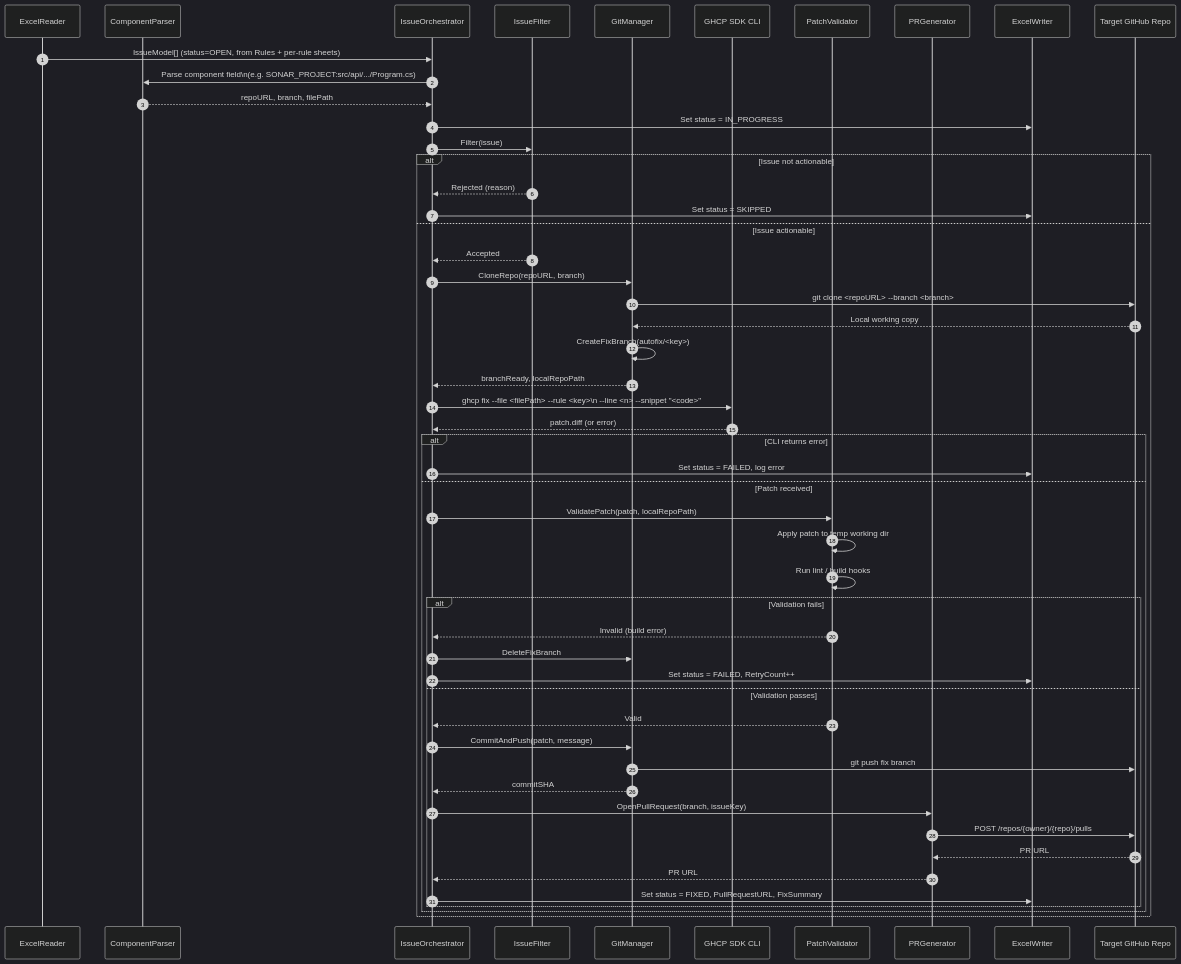
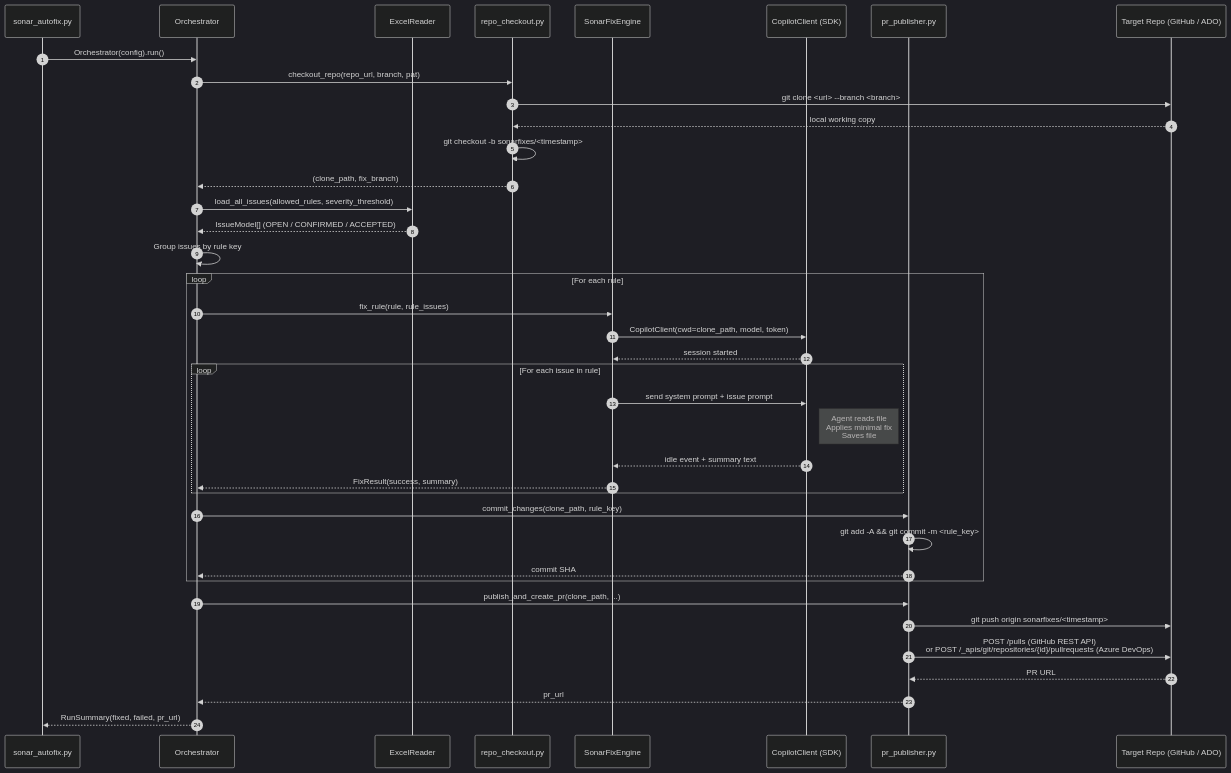
One commit to HiteshDutt/sonar-auto-fix-test changed the sixth of 10 diagrams in README.md. Above: the diagram before and after it, drawn with Mermaid (dark theme). The commit also changed other lines of this file and 1 other file, not shown here.

````diff
--- a/README.md
+++ b/README.md
@@ -221,63 +321,50 @@
 ```mermaid
 sequenceDiagram
     autonumber
 
+    participant MAIN as sonar_autofix.py
+    participant ORC  as Orchestrator
     participant EXR  as ExcelReader
-    participant CMP  as ComponentParser
-    participant ORC  as IssueOrchestrator
-    participant FILT as IssueFilter
-    participant GIT  as GitManager
-    participant CLI  as GHCP SDK CLI
-    participant VAL  as PatchValidator
-    participant PRG  as PRGenerator
-    participant EXW  as ExcelWriter
-    participant GH   as Target GitHub Repo
+    participant GIT  as repo_checkout.py
+    participant ENG  as SonarFixEngine
+    participant SDK  as CopilotClient (SDK)
+    participant PUB  as pr_publisher.py
+    participant GH   as Target Repo (GitHub / ADO)
 
-    EXR->>ORC: IssueModel[] (status=OPEN, from Rules + per-rule sheets)
-    ORC->>CMP: Parse component field\n(e.g. SONAR_PROJECT:src/api/.../Program.cs)
-    CMP-->>ORC: repoURL, branch, filePath
+    MAIN->>ORC: Orchestrator(config).run()
+    ORC->>GIT: checkout_repo(repo_url, branch, pat)
+    GIT->>GH:  git clone <url> --branch <branch>
+    GH-->>GIT: local working copy
+    GIT->>GIT: git checkout -b sonarfixes/<timestamp>
+    GIT-->>ORC: (clone_path, fix_branch)
 
-    ORC->>EXW: Set status = IN_PROGRESS
-    ORC->>FILT: Filter(issue)
+    ORC->>EXR: load_all_issues(allowed_rules, severity_threshold)
+    EXR-->>ORC: IssueModel[] (OPEN / CONFIRMED / ACCEPTED)
 
-    alt Issue not actionable
-        FILT-->>ORC: Rejected (reason)
-        ORC->>EXW: Set status = SKIPPED
-    else Issue actionable
-        FILT-->>ORC: Accepted
-        ORC->>GIT: CloneRepo(repoURL, branch)
-        GIT->>GH: git clone <repoURL> --branch <branch>
-        GH-->>GIT: Local working copy
-        GIT->>GIT: CreateFixBranch(autofix/<key>)
-        GIT-->>ORC: branchReady, localRepoPath
+    ORC->>ORC: Group issues by rule key
 
-        ORC->>CLI: ghcp fix --file <filePath> --rule <key>\n         --line <n> --snippet "<code>"
-        CLI-->>ORC: patch.diff (or error)
+    loop For each rule
+        ORC->>ENG: fix_rule(rule, rule_issues)
+        ENG->>SDK: CopilotClient(cwd=clone_path, model, token)
+        SDK-->>ENG: session started
 
-        alt CLI returns error
-            ORC->>EXW: Set status = FAILED, log error
-        else Patch received
-            ORC->>VAL: ValidatePatch(patch, localRepoPath)
-            VAL->>VAL: Apply patch to temp working dir
-            VAL->>VAL: Run lint / build hooks
+        loop For each issue in rule
+            ENG->>SDK: send system prompt + issue prompt
+            Note right of SDK: Agent reads file<br/>Applies minimal fix<br/>Saves file
+            SDK-->>ENG: idle event + summary text
+            ENG-->>ORC: FixResult(success, summary)
+        end
 
-            alt Validation fails
-                VAL-->>ORC: Invalid (build error)
-                ORC->>GIT: DeleteFixBranch
-                ORC->>EXW: Set status = FAILED, RetryCount++
-            else Validation passes
-                VAL-->>ORC: Valid
-                ORC->>GIT: CommitAndPush(patch, message)
-                GIT->>GH: git push fix branch
-                GIT-->>ORC: commitSHA
+        ORC->>PUB: commit_changes(clone_path, rule_key)
+        PUB->>PUB: git add -A && git commit -m <rule_key>
+        PUB-->>ORC: commit SHA
+    end
 
-                ORC->>PRG: OpenPullRequest(branch, issueKey)
-                PRG->>GH: POST /repos/{owner}/{repo}/pulls
-                GH-->>PRG: PR URL
+    ORC->>PUB: publish_and_create_pr(clone_path, ...)
+    PUB->>GH:  git push origin sonarfixes/<timestamp>
+    PUB->>GH:  POST /pulls  (GitHub REST API)<br/>            or POST /_apis/git/repositories/{id}/pullrequests (Azure DevOps)
+    GH-->>PUB: PR URL
+    PUB-->>ORC: pr_url
 
-                PRG-->>ORC: PR URL
-                ORC->>EXW: Set status = FIXED, PullRequestURL, FixSummary
-            end
-        end
-    end
+    ORC-->>MAIN: RunSummary(fixed, failed, pr_url)
 ```
````
